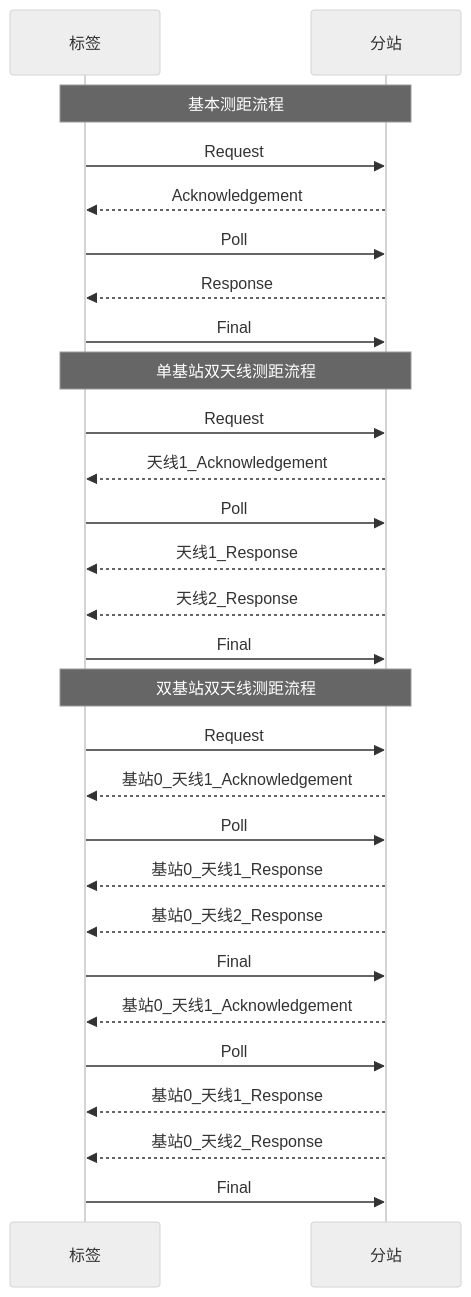
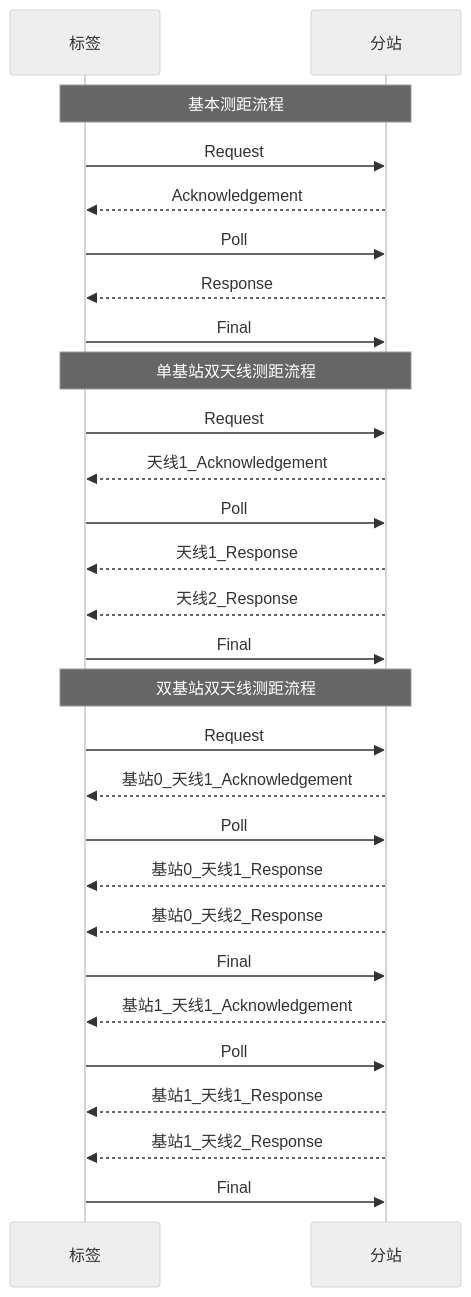
Before and after one commit to geek-zhao/iodraw-files: the diagram in all/未命名.md, drawn with Mermaid (neutral theme).

Commit message:
2024-08-17 14:15:24 update

````diff
--- a/all/未命名.md
+++ b/all/未命名.md
@@ -1,34 +1,34 @@
 ```mermaid
 sequenceDiagram
     participant tag as 标签
     participant anchor as 分站
 
     Note over tag,anchor: 基本测距流程
     tag->>anchor: Request
     anchor-->>tag: Acknowledgement
     tag->>anchor: Poll
     anchor-->>tag: Response
     tag->>anchor: Final       
 
     Note over tag,anchor: 单基站双天线测距流程
     tag->>anchor: Request
     anchor-->>tag: 天线1_Acknowledgement
     tag->>anchor: Poll
     anchor-->>tag: 天线1_Response 
     anchor-->>tag: 天线2_Response
     tag->>anchor: Final   
 
     Note over tag,anchor: 双基站双天线测距流程
     tag->>anchor: Request
     anchor-->>tag: 基站0_天线1_Acknowledgement
     tag->>anchor: Poll
     anchor-->>tag: 基站0_天线1_Response 
     anchor-->>tag: 基站0_天线2_Response
     tag->>anchor: Final   
-    anchor-->>tag: 基站0_天线1_Acknowledgement
+    anchor-->>tag: 基站1_天线1_Acknowledgement
     tag->>anchor: Poll
-    anchor-->>tag: 基站0_天线1_Response 
-    anchor-->>tag: 基站0_天线2_Response
+    anchor-->>tag: 基站1_天线1_Response 
+    anchor-->>tag: 基站1_天线2_Response
     tag->>anchor: Final   
 
 ```
````
